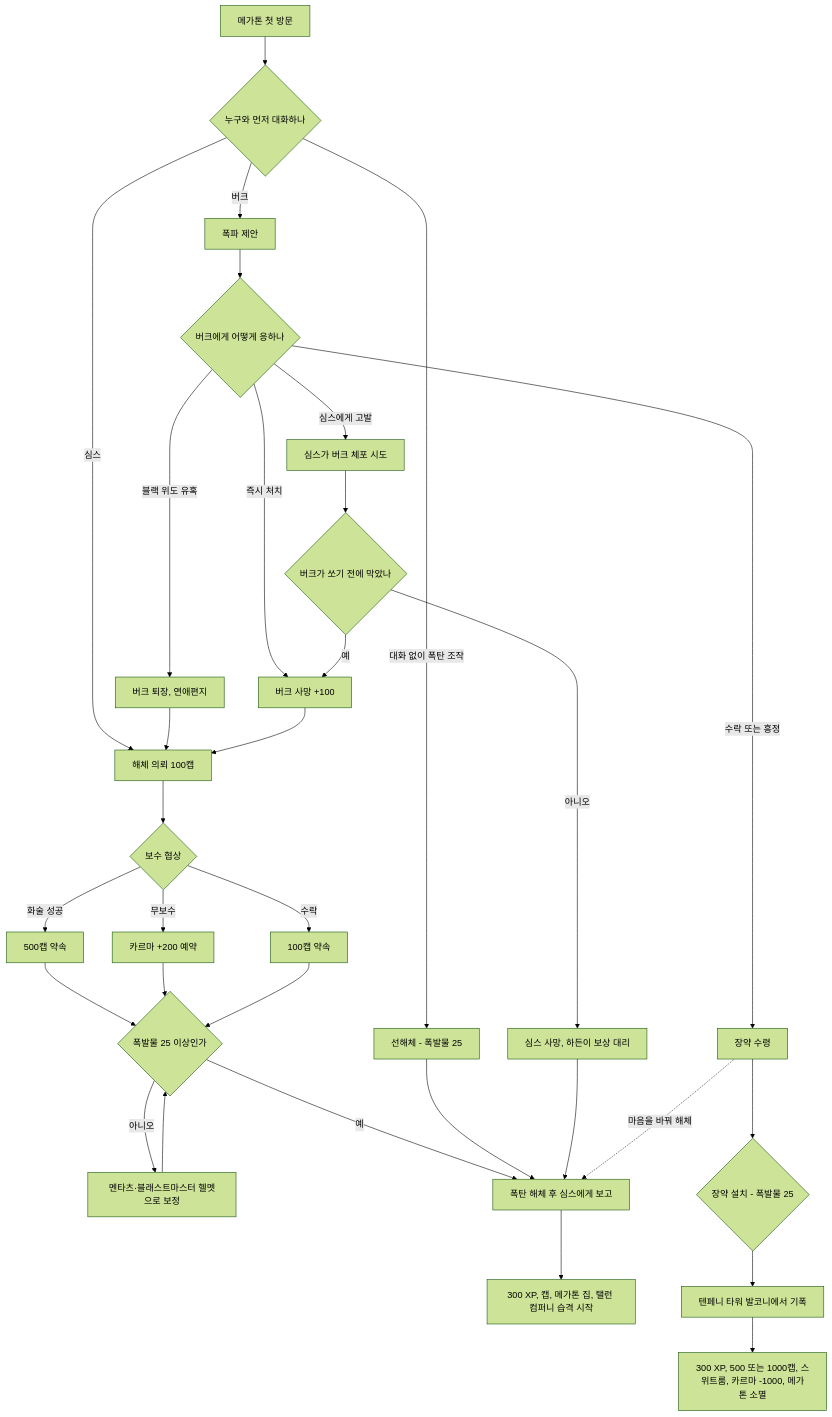
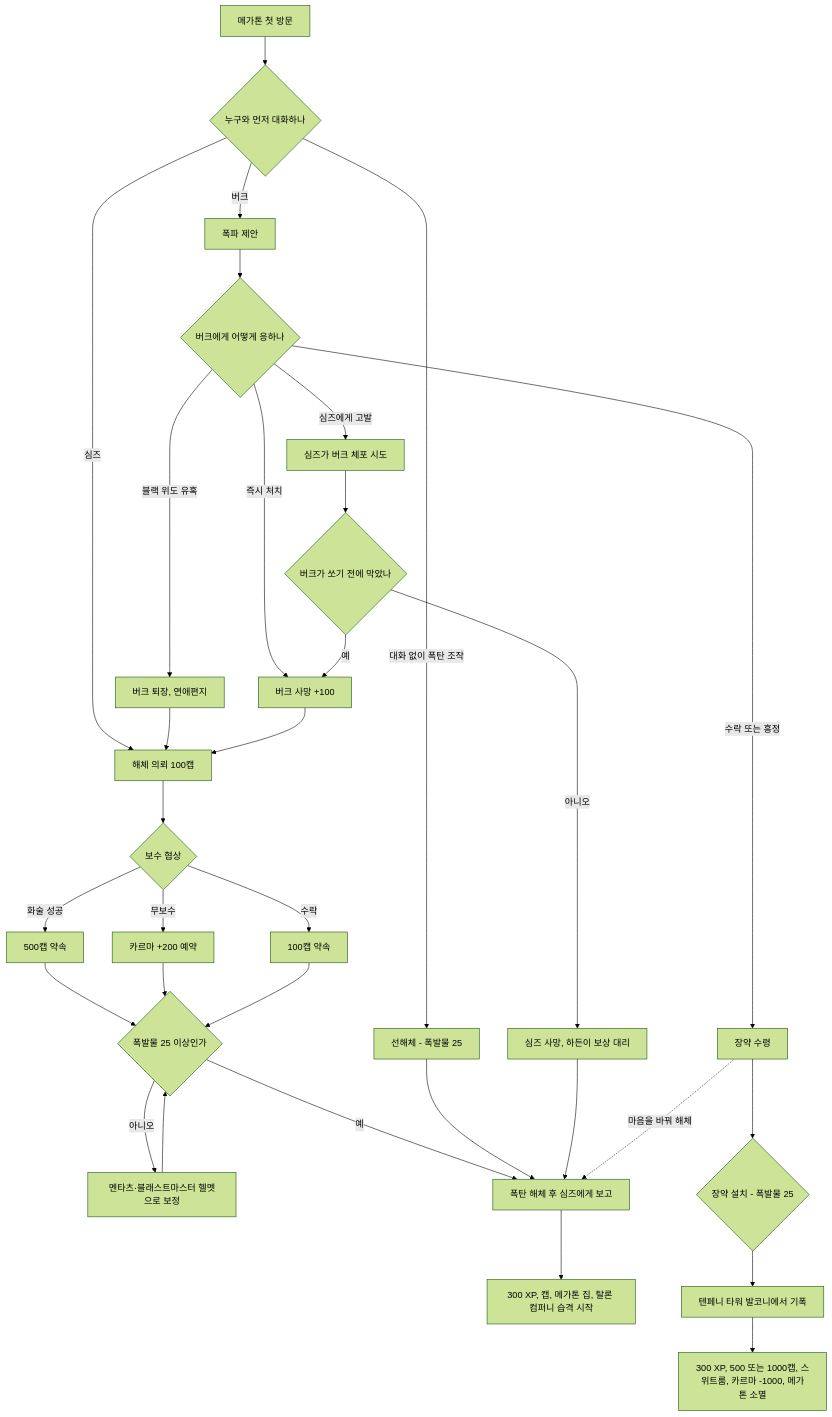
Before and after one commit to forsurvive/003: the second of 9 diagrams in docs/reverse-design/05_side-quests-part1.md, drawn with Mermaid (forest theme). The commit also changed other lines of this file and 17 other files, not shown here.

````diff
--- a/docs/reverse-design/05_side-quests-part1.md
+++ b/docs/reverse-design/05_side-quests-part1.md
@@ -237,34 +237,34 @@
 ```mermaid
 flowchart TD
     S0["메가톤 첫 방문"] --> S1{"누구와 먼저 대화하나"}
-    S1 -->|"심스"| A1["해체 의뢰 100캡"]
+    S1 -->|"심즈"| A1["해체 의뢰 100캡"]
     S1 -->|"버크"| B1["폭파 제안"]
     S1 -->|"대화 없이 폭탄 조작"| A3["선해체 - 폭발물 25"]
     A1 --> A2{"보수 협상"}
     A2 -->|"화술 성공"| A4["500캡 약속"]
     A2 -->|"무보수"| A5["카르마 +200 예약"]
     A2 -->|"수락"| A6["100캡 약속"]
     A4 --> D1{"폭발물 25 이상인가"}
     A5 --> D1
     A6 --> D1
     D1 -->|"아니오"| M1["멘타츠·블래스트마스터 헬멧으로 보정"]
     M1 --> D1
-    D1 -->|"예"| A7["폭탄 해체 후 심스에게 보고"]
+    D1 -->|"예"| A7["폭탄 해체 후 심즈에게 보고"]
     A3 --> A7
-    A7 --> R1["300 XP, 캡, 메가톤 집, 탤런 컴퍼니 습격 시작"]
+    A7 --> R1["300 XP, 캡, 메가톤 집, 탈론 컴퍼니 습격 시작"]
     B1 --> B2{"버크에게 어떻게 응하나"}
     B2 -->|"수락 또는 흥정"| B3["장약 수령"]
-    B2 -->|"심스에게 고발"| C1["심스가 버크 체포 시도"]
+    B2 -->|"심즈에게 고발"| C1["심즈가 버크 체포 시도"]
     B2 -->|"블랙 위도 유혹"| E1["버크 퇴장, 연애편지"]
     B2 -->|"즉시 처치"| K1["버크 사망 +100"]
     C1 --> C2{"버크가 쏘기 전에 막았나"}
     C2 -->|"예"| K1
-    C2 -->|"아니오"| C3["심스 사망, 하든이 보상 대리"]
+    C2 -->|"아니오"| C3["심즈 사망, 하든이 보상 대리"]
     E1 --> A1
     K1 --> A1
     C3 --> A7
     B3 --> B4{"장약 설치 - 폭발물 25"}
     B4 --> B5["텐페니 타워 발코니에서 기폭"]
     B5 --> R2["300 XP, 500 또는 1000캡, 스위트룸, 카르마 -1000, 메가톤 소멸"]
     B3 -.->|"마음을 바꿔 해체"| A7
 ```
````
